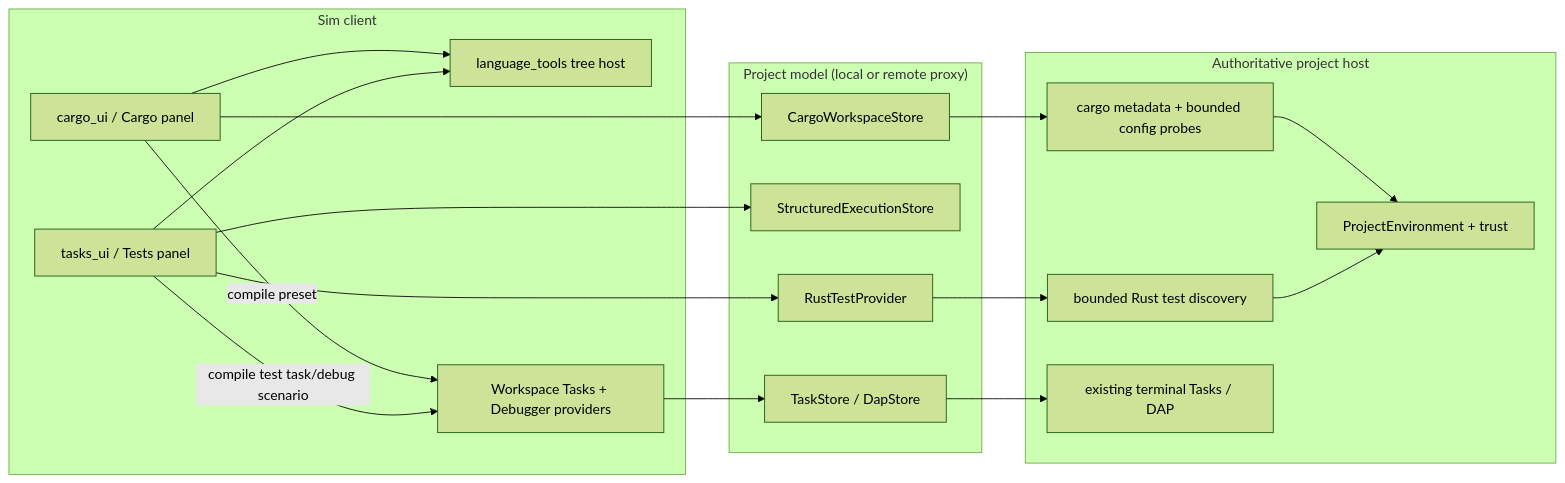
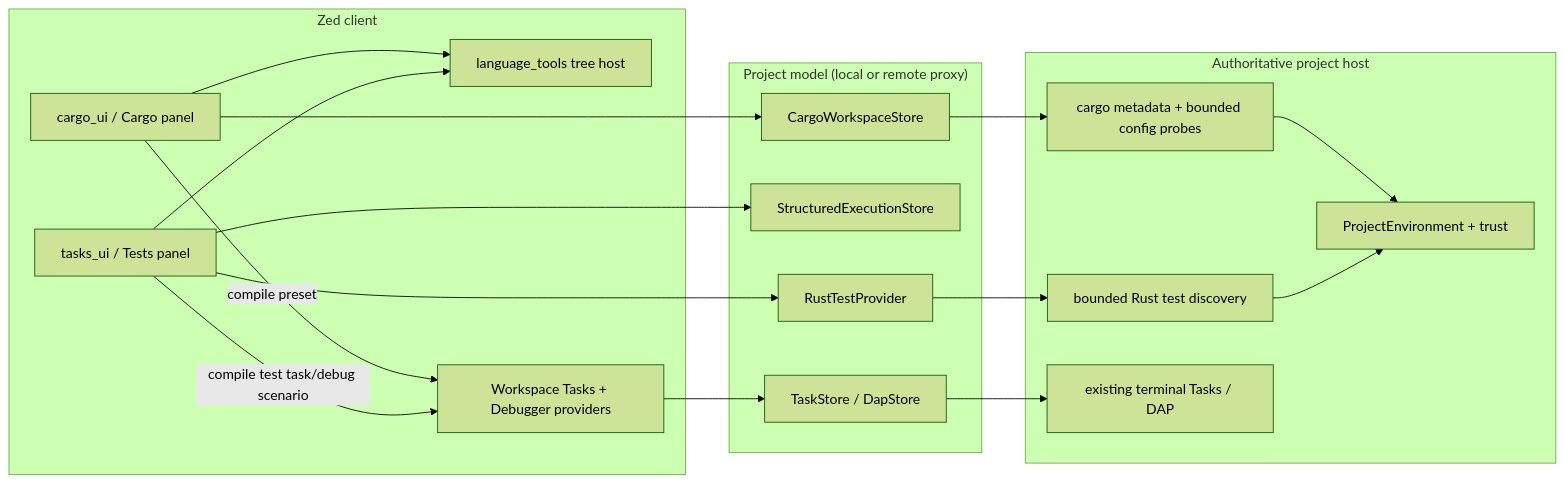
One commit to imagineerings/xor changed the diagram in .agents/specs/rust-workspace/design.md. Above: the diagram before and after it, drawn with Mermaid (forest theme). The commit also changed other lines of this file and 2547 other files, not shown here.

````diff
--- a/.agents/specs/rust-workspace/design.md
+++ b/.agents/specs/rust-workspace/design.md
@@ -42,37 +42,37 @@
 ```mermaid
 flowchart LR
-    subgraph Client["Sim client"]
+    subgraph Client["Zed client"]
         CP["cargo_ui / Cargo panel"]
         TP["tasks_ui / Tests panel"]
         LT["language_tools tree host"]
         WS["Workspace Tasks + Debugger providers"]
     end
 
     subgraph Project["Project model (local or remote proxy)"]
         CWS["CargoWorkspaceStore"]
         SES["StructuredExecutionStore"]
         RTP["RustTestProvider"]
         TS["TaskStore / DapStore"]
     end
 
     subgraph Host["Authoritative project host"]
         ENV["ProjectEnvironment + trust"]
         CM["cargo metadata + bounded config probes"]
         TD["bounded Rust test discovery"]
         EXEC["existing terminal Tasks / DAP"]
     end
 
     CP --> LT
     TP --> LT
     CP --> CWS
     TP --> SES
     TP --> RTP
     CP -->|"compile preset"| WS
     TP -->|"compile test task/debug scenario"| WS
     WS --> TS
     CWS --> CM
     RTP --> TD
     CM --> ENV
     TD --> ENV
     TS --> EXEC
 ```
````
